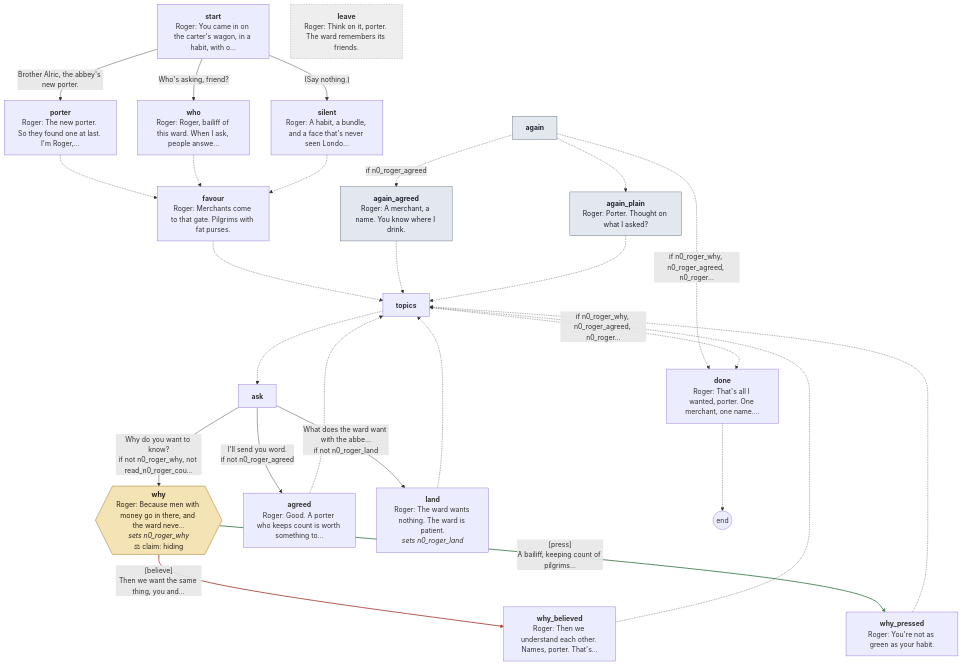
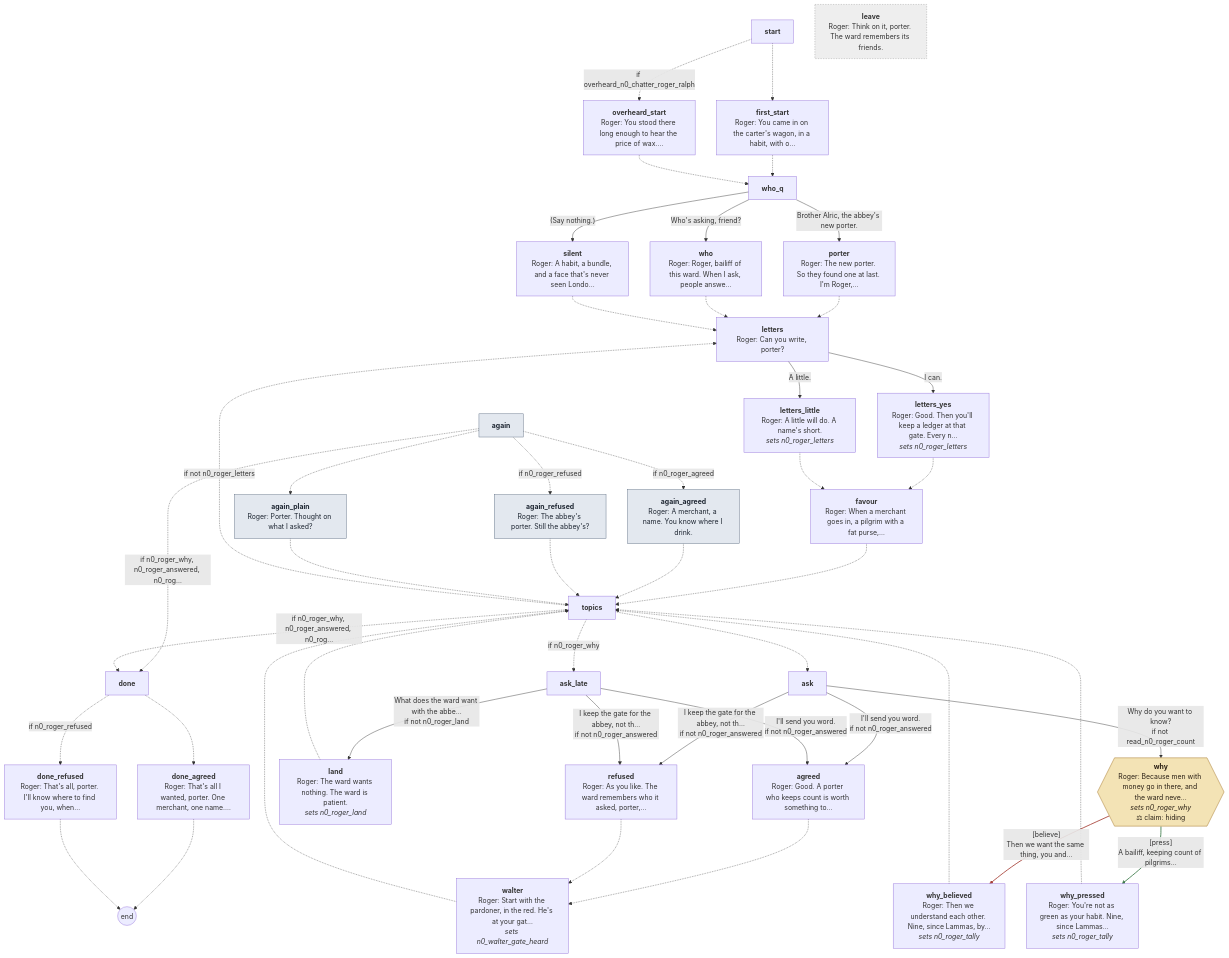
Before and after one commit to toastynaan/the-porter: diagram 15 of 19 in docs/script/night0.md, drawn with Mermaid. The commit also changed other lines of this file and 25 other files, not shown here.

````diff
--- a/docs/script/night0.md
+++ b/docs/script/night0.md
@@ -1296,55 +2602,88 @@
 ```mermaid
 flowchart TD
-  p_start["<b>start</b><br/>Roger: You came in on the carter's wagon, in a habit, with o…"]
+  p_start["<b>start</b>"]
+  p_first_start["<b>first_start</b><br/>Roger: You came in on the carter's wagon, in a habit, with o…"]
+  p_overheard_start["<b>overheard_start</b><br/>Roger: You stood there long enough to hear the price of wax.…"]
+  p_who_q["<b>who_q</b>"]
   p_porter["<b>porter</b><br/>Roger: The new porter. So they found one at last. I'm Roger,…"]
   p_who["<b>who</b><br/>Roger: Roger, bailiff of this ward. When I ask, people answe…"]
   p_silent["<b>silent</b><br/>Roger: A habit, a bundle, and a face that's never seen Londo…"]
-  p_favour["<b>favour</b><br/>Roger: Merchants come to that gate. Pilgrims with fat purses."]
+  p_letters["<b>letters</b><br/>Roger: Can you write, porter?"]
+  p_letters_yes["<b>letters_yes</b><br/>Roger: Good. Then you'll keep a ledger at that gate. Every n…<br/><i>sets n0_roger_letters</i>"]
+  p_letters_little["<b>letters_little</b><br/>Roger: A little will do. A name's short.<br/><i>sets n0_roger_letters</i>"]
+  p_favour["<b>favour</b><br/>Roger: When a merchant goes in, a pilgrim with a fat purse,…"]
   p_again["<b>again</b>"]
   p_again_agreed["<b>again_agreed</b><br/>Roger: A merchant, a name. You know where I drink."]
+  p_again_refused["<b>again_refused</b><br/>Roger: The abbey's porter. Still the abbey's?"]
   p_again_plain["<b>again_plain</b><br/>Roger: Porter. Thought on what I asked?"]
   p_topics["<b>topics</b>"]
   p_ask["<b>ask</b>"]
+  p_ask_late["<b>ask_late</b>"]
   p_why{{"<b>why</b><br/>Roger: Because men with money go in there, and the ward neve…<br/><i>sets n0_roger_why</i><br/>⚖ claim: hiding"}}
-  p_why_believed["<b>why_believed</b><br/>Roger: Then we understand each other. Names, porter. That's…"]
-  p_why_pressed["<b>why_pressed</b><br/>Roger: You're not as green as your habit."]
+  p_why_believed["<b>why_believed</b><br/>Roger: Then we understand each other. Nine, since Lammas, by…<br/><i>sets n0_roger_tally</i>"]
+  p_why_pressed["<b>why_pressed</b><br/>Roger: You're not as green as your habit. Nine, since Lammas…<br/><i>sets n0_roger_tally</i>"]
   p_agreed["<b>agreed</b><br/>Roger: Good. A porter who keeps count is worth something to…"]
+  p_refused["<b>refused</b><br/>Roger: As you like. The ward remembers who it asked, porter,…"]
+  p_walter["<b>walter</b><br/>Roger: Start with the pardoner, in the red. He's at your gat…<br/><i>sets n0_walter_gate_heard</i>"]
   p_land["<b>land</b><br/>Roger: The ward wants nothing. The ward is patient.<br/><i>sets n0_roger_land</i>"]
-  p_done["<b>done</b><br/>Roger: That's all I wanted, porter. One merchant, one name.…"]
+  p_done["<b>done</b>"]
+  p_done_agreed["<b>done_agreed</b><br/>Roger: That's all I wanted, porter. One merchant, one name.…"]
+  p_done_refused["<b>done_refused</b><br/>Roger: That's all, porter. I'll know where to find you, when…"]
   p_leave["<b>leave</b><br/>Roger: Think on it, porter. The ward remembers its friends."]
   end_((end))
-  p_start -->|"Brother Alric, the abbey's new porter."| p_porter
-  p_start -->|"Who's asking, friend?"| p_who
-  p_start -->|"(Say nothing.)"| p_silent
-  p_porter -.-> p_favour
-  p_who -.-> p_favour
-  p_silent -.-> p_favour
+  p_start -.->|"if overheard_n0_chatter_roger_ralph"| p_overheard_start
+  p_start -.-> p_first_start
+  p_first_start -.-> p_who_q
+  p_overheard_start -.-> p_who_q
+  p_who_q -->|"Brother Alric, the abbey's new porter."| p_porter
+  p_who_q -->|"Who's asking, friend?"| p_who
+  p_who_q -->|"(Say nothing.)"| p_silent
+  p_porter -.-> p_letters
+  p_who -.-> p_letters
+  p_silent -.-> p_letters
+  p_letters -->|"I can."| p_letters_yes
+  p_letters -->|"A little."| p_letters_little
+  p_letters_yes -.-> p_favour
+  p_letters_little -.-> p_favour
   p_favour -.-> p_topics
-  p_again -.->|"if n0_roger_why, n0_roger_agreed, n0_roger…"| p_done
+  p_again -.->|"if n0_roger_why, n0_roger_answered, n0_rog…"| p_done
   p_again -.->|"if n0_roger_agreed"| p_again_agreed
+  p_again -.->|"if n0_roger_refused"| p_again_refused
   p_again -.-> p_again_plain
   p_again_agreed -.-> p_topics
+  p_again_refused -.-> p_topics
   p_again_plain -.-> p_topics
-  p_topics -.->|"if n0_roger_why, n0_roger_agreed, n0_roger…"| p_done
+  p_topics -.->|"if not n0_roger_letters"| p_letters
+  p_topics -.->|"if n0_roger_why, n0_roger_answered, n0_rog…"| p_done
+  p_topics -.->|"if n0_roger_why"| p_ask_late
   p_topics -.-> p_ask
-  p_ask -->|"Why do you want to know?<br/>if not n0_roger_why, not read_n0_roger_cou…"| p_why
-  p_ask -->|"I'll send you word.<br/>if not n0_roger_agreed"| p_agreed
-  p_ask -->|"What does the ward want with the abbe…<br/>if not n0_roger_land"| p_land
+  p_ask -->|"Why do you want to know?<br/>if not read_n0_roger_count"| p_why
+  p_ask -->|"I'll send you word.<br/>if not n0_roger_answered"| p_agreed
+  p_ask -->|"I keep the gate for the abbey, not th…<br/>if not n0_roger_answered"| p_refused
+  p_ask_late -->|"What does the ward want with the abbe…<br/>if not n0_roger_land"| p_land
+  p_ask_late -->|"I'll send you word.<br/>if not n0_roger_answered"| p_agreed
+  p_ask_late -->|"I keep the gate for the abbey, not th…<br/>if not n0_roger_answered"| p_refused
   p_why -->|"[believe]<br/>Then we want the same thing, you and…"| p_why_believed
   p_why -->|"[press]<br/>A bailiff, keeping count of pilgrims…"| p_why_pressed
   p_why_believed -.-> p_topics
   p_why_pressed -.-> p_topics
-  p_agreed -.-> p_topics
+  p_agreed -.-> p_walter
+  p_refused -.-> p_walter
+  p_walter -.-> p_topics
   p_land -.-> p_topics
-  p_done -.-> end_
+  p_done -.->|"if n0_roger_refused"| p_done_refused
+  p_done -.-> p_done_agreed
+  p_done_agreed -.-> end_
+  p_done_refused -.-> end_
   classDef claim fill:#f3e3b5,stroke:#9a6b1a,color:#2b2116
   classDef again fill:#e3e8ef,stroke:#5b6b80,color:#1c2430
   classDef leave fill:#eee,stroke:#999,color:#333,stroke-dasharray: 3 3
   class p_again again
   class p_again_agreed again
+  class p_again_refused again
   class p_again_plain again
   class p_why claim
   class p_leave leave
-  linkStyle 17 stroke:#a8433a,stroke-width:2px
-  linkStyle 18 stroke:#3f7d4c,stroke-width:2px
+  linkStyle 32 stroke:#a8433a,stroke-width:2px
+  linkStyle 33 stroke:#3f7d4c,stroke-width:2px
 ```
````
